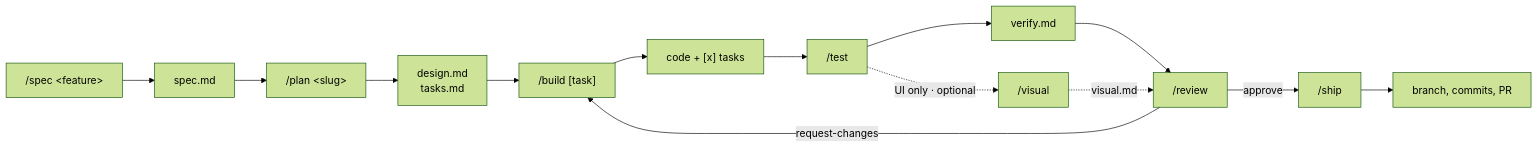
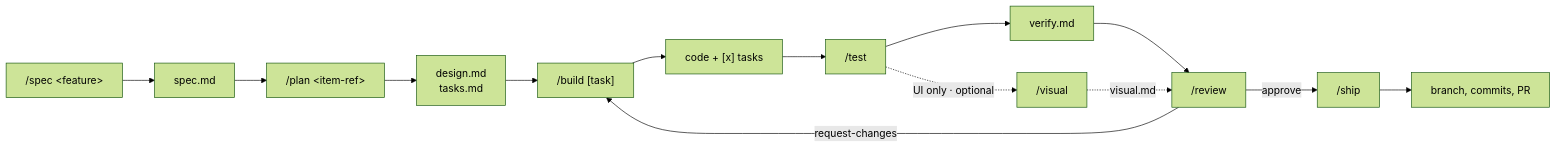
Before and after one commit to 49115566/opencode-framework: the first of 2 diagrams in README.md, drawn with Mermaid (forest theme). The commit also changed other lines of this file and 2 other files, not shown here.

First line of the commit message:
docs: document roadmap capability in inventories and lifecycle skill

````diff
--- a/README.md
+++ b/README.md
@@ -84,17 +84,17 @@
 ```mermaid
 flowchart LR
     spec["/spec &lt;feature&gt;"] --> specmd["spec.md"]
-    specmd --> plan["/plan &lt;slug&gt;"]
+    specmd --> plan["/plan &lt;item-ref&gt;"]
     plan --> design["design.md<br/>tasks.md"]
     design --> build["/build [task]"]
     build --> code["code + [x] tasks"]
     code --> test["/test"]
     test --> verify["verify.md"]
     verify --> review["/review"]
     review -->|request-changes| build
     review -->|approve| ship["/ship"]
     ship --> pr["branch, commits, PR"]
 
     test -.->|"UI only · optional"| visual["/visual"]
     visual -.->|visual.md| review
 ```
````
